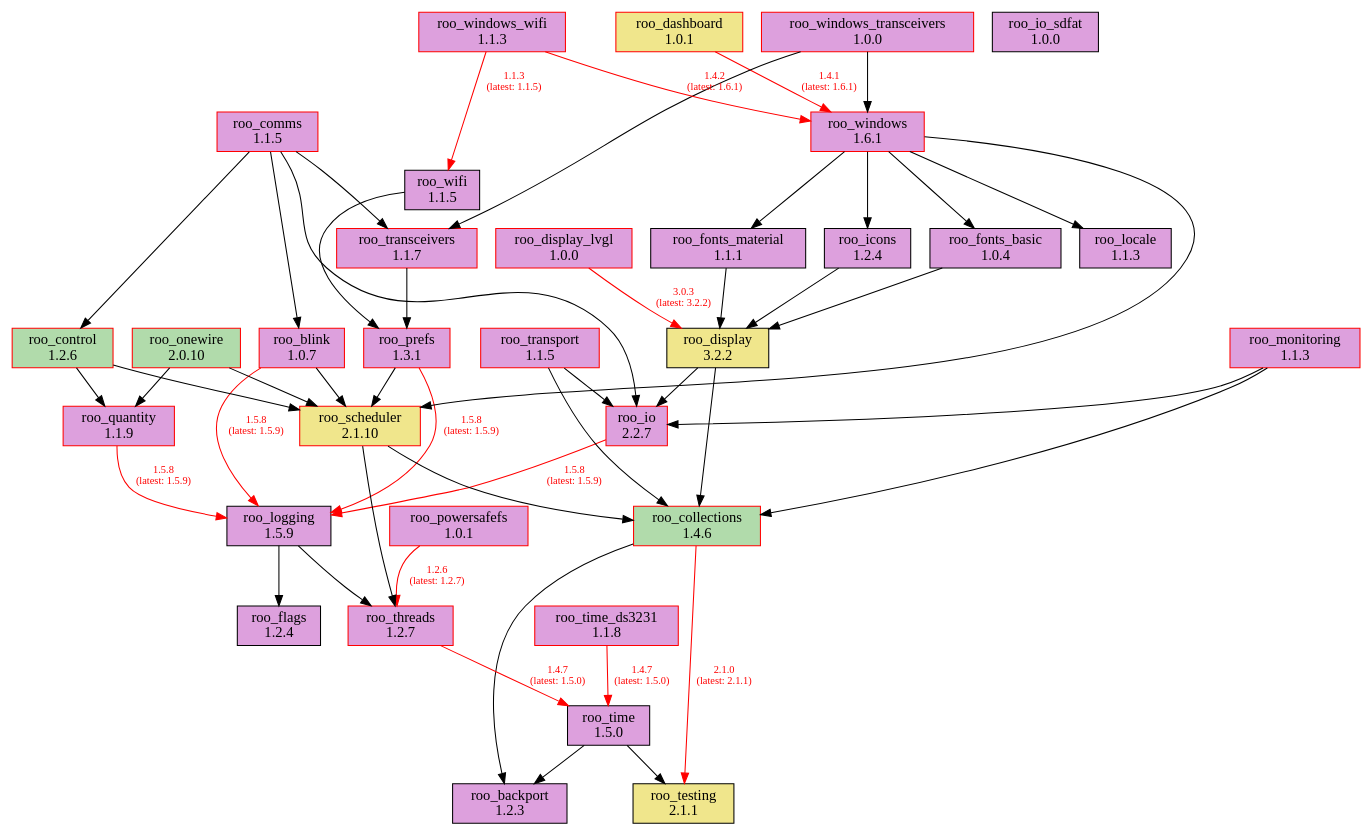
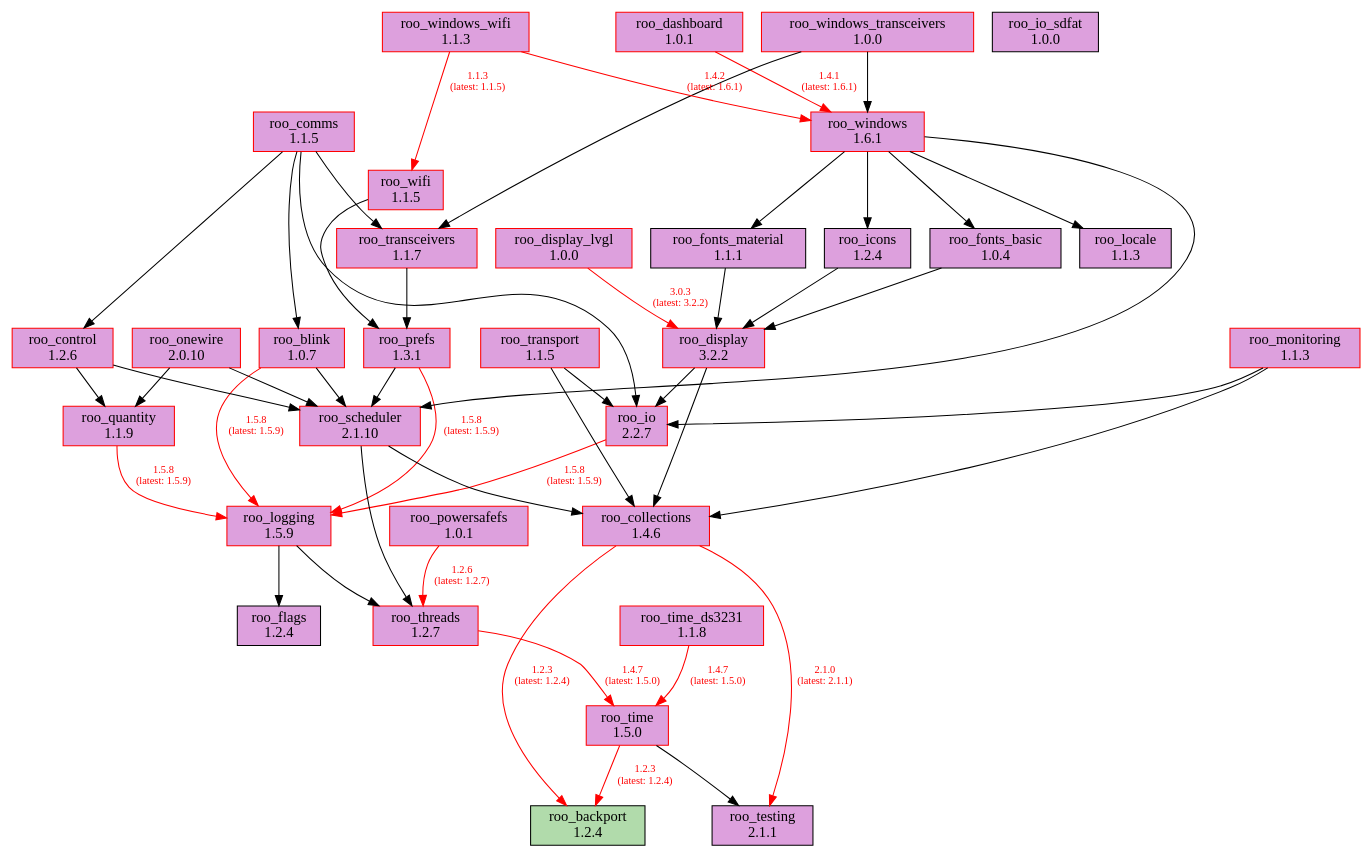
The diagram in doc/dependencies.dot (dejwk/roo-registry), drawn with Graphviz before and after one commit. The commit also changed 3 other files, not shown here.

Commit message:
Added roo_backport 1.2.4 to the registry.

```diff
--- a/doc/dependencies.dot
+++ b/doc/dependencies.dot
@@ -1,88 +1,88 @@
 digraph dependencies {
     rankdir=TB;
     node [shape=box, style=filled];
     edge [fontsize=10];
 
     // Modules
-    "roo_backport" [label="roo_backport\n1.2.3", fillcolor="plum", color="black"];
+    "roo_backport" [label="roo_backport\n1.2.4", fillcolor="#b1dbab", color="black"];
     "roo_blink" [label="roo_blink\n1.0.7", fillcolor="plum", color="red"];
-    "roo_collections" [label="roo_collections\n1.4.6", fillcolor="#b1dbab", color="red"];
+    "roo_collections" [label="roo_collections\n1.4.6", fillcolor="plum", color="red"];
     "roo_comms" [label="roo_comms\n1.1.5", fillcolor="plum", color="red"];
-    "roo_control" [label="roo_control\n1.2.6", fillcolor="#b1dbab", color="red"];
-    "roo_dashboard" [label="roo_dashboard\n1.0.1", fillcolor="khaki", color="red"];
-    "roo_display" [label="roo_display\n3.2.2", fillcolor="khaki", color="black"];
+    "roo_control" [label="roo_control\n1.2.6", fillcolor="plum", color="red"];
+    "roo_dashboard" [label="roo_dashboard\n1.0.1", fillcolor="plum", color="red"];
+    "roo_display" [label="roo_display\n3.2.2", fillcolor="plum", color="red"];
     "roo_display_lvgl" [label="roo_display_lvgl\n1.0.0", fillcolor="plum", color="red"];
     "roo_flags" [label="roo_flags\n1.2.4", fillcolor="plum", color="black"];
     "roo_fonts_basic" [label="roo_fonts_basic\n1.0.4", fillcolor="plum", color="black"];
     "roo_fonts_material" [label="roo_fonts_material\n1.1.1", fillcolor="plum", color="black"];
     "roo_icons" [label="roo_icons\n1.2.4", fillcolor="plum", color="black"];
     "roo_io" [label="roo_io\n2.2.7", fillcolor="plum", color="red"];
     "roo_io_sdfat" [label="roo_io_sdfat\n1.0.0", fillcolor="plum", color="black"];
     "roo_locale" [label="roo_locale\n1.1.3", fillcolor="plum", color="black"];
-    "roo_logging" [label="roo_logging\n1.5.9", fillcolor="plum", color="black"];
+    "roo_logging" [label="roo_logging\n1.5.9", fillcolor="plum", color="red"];
     "roo_monitoring" [label="roo_monitoring\n1.1.3", fillcolor="plum", color="red"];
-    "roo_onewire" [label="roo_onewire\n2.0.10", fillcolor="#b1dbab", color="red"];
+    "roo_onewire" [label="roo_onewire\n2.0.10", fillcolor="plum", color="red"];
     "roo_powersafefs" [label="roo_powersafefs\n1.0.1", fillcolor="plum", color="red"];
     "roo_prefs" [label="roo_prefs\n1.3.1", fillcolor="plum", color="red"];
     "roo_quantity" [label="roo_quantity\n1.1.9", fillcolor="plum", color="red"];
-    "roo_scheduler" [label="roo_scheduler\n2.1.10", fillcolor="khaki", color="red"];
-    "roo_testing" [label="roo_testing\n2.1.1", fillcolor="khaki", color="black"];
+    "roo_scheduler" [label="roo_scheduler\n2.1.10", fillcolor="plum", color="red"];
+    "roo_testing" [label="roo_testing\n2.1.1", fillcolor="plum", color="black"];
     "roo_threads" [label="roo_threads\n1.2.7", fillcolor="plum", color="red"];
-    "roo_time" [label="roo_time\n1.5.0", fillcolor="plum", color="black"];
+    "roo_time" [label="roo_time\n1.5.0", fillcolor="plum", color="red"];
     "roo_time_ds3231" [label="roo_time_ds3231\n1.1.8", fillcolor="plum", color="red"];
     "roo_transceivers" [label="roo_transceivers\n1.1.7", fillcolor="plum", color="red"];
     "roo_transport" [label="roo_transport\n1.1.5", fillcolor="plum", color="red"];
-    "roo_wifi" [label="roo_wifi\n1.1.5", fillcolor="plum", color="black"];
+    "roo_wifi" [label="roo_wifi\n1.1.5", fillcolor="plum", color="red"];
     "roo_windows" [label="roo_windows\n1.6.1", fillcolor="plum", color="red"];
     "roo_windows_transceivers" [label="roo_windows_transceivers\n1.0.0", fillcolor="plum", color="red"];
     "roo_windows_wifi" [label="roo_windows_wifi\n1.1.3", fillcolor="plum", color="red"];
 
     // Dependencies
     "roo_blink" -> "roo_logging" [color=red, fontcolor=red, label="1.5.8\n(latest: 1.5.9)"];
     "roo_blink" -> "roo_scheduler";
     "roo_collections" -> "roo_testing" [color=red, fontcolor=red, label="2.1.0\n(latest: 2.1.1)"];
-    "roo_collections" -> "roo_backport";
+    "roo_collections" -> "roo_backport" [color=red, fontcolor=red, label="1.2.3\n(latest: 1.2.4)"];
     "roo_comms" -> "roo_blink";
     "roo_comms" -> "roo_control";
     "roo_comms" -> "roo_io";
     "roo_comms" -> "roo_transceivers";
     "roo_control" -> "roo_quantity";
     "roo_control" -> "roo_scheduler";
     "roo_dashboard" -> "roo_windows" [color=red, fontcolor=red, label="1.4.1\n(latest: 1.6.1)"];
     "roo_display" -> "roo_collections";
     "roo_display" -> "roo_io";
     "roo_display_lvgl" -> "roo_display" [color=red, fontcolor=red, label="3.0.3\n(latest: 3.2.2)"];
     "roo_fonts_basic" -> "roo_display";
     "roo_fonts_material" -> "roo_display";
     "roo_icons" -> "roo_display";
     "roo_io" -> "roo_logging" [color=red, fontcolor=red, label="1.5.8\n(latest: 1.5.9)"];
     "roo_logging" -> "roo_flags";
     "roo_logging" -> "roo_threads";
     "roo_monitoring" -> "roo_collections";
     "roo_monitoring" -> "roo_io";
     "roo_onewire" -> "roo_scheduler";
     "roo_onewire" -> "roo_quantity";
     "roo_powersafefs" -> "roo_threads" [color=red, fontcolor=red, label="1.2.6\n(latest: 1.2.7)"];
     "roo_prefs" -> "roo_logging" [color=red, fontcolor=red, label="1.5.8\n(latest: 1.5.9)"];
     "roo_prefs" -> "roo_scheduler";
     "roo_quantity" -> "roo_logging" [color=red, fontcolor=red, label="1.5.8\n(latest: 1.5.9)"];
     "roo_scheduler" -> "roo_collections";
     "roo_scheduler" -> "roo_threads";
     "roo_threads" -> "roo_time" [color=red, fontcolor=red, label="1.4.7\n(latest: 1.5.0)"];
     "roo_time" -> "roo_testing";
-    "roo_time" -> "roo_backport";
+    "roo_time" -> "roo_backport" [color=red, fontcolor=red, label="1.2.3\n(latest: 1.2.4)"];
     "roo_time_ds3231" -> "roo_time" [color=red, fontcolor=red, label="1.4.7\n(latest: 1.5.0)"];
     "roo_transceivers" -> "roo_prefs";
     "roo_transport" -> "roo_collections";
     "roo_transport" -> "roo_io";
     "roo_wifi" -> "roo_prefs";
     "roo_windows" -> "roo_fonts_basic";
     "roo_windows" -> "roo_fonts_material";
     "roo_windows" -> "roo_locale";
     "roo_windows" -> "roo_icons";
     "roo_windows" -> "roo_scheduler";
     "roo_windows_transceivers" -> "roo_transceivers";
     "roo_windows_transceivers" -> "roo_windows";
     "roo_windows_wifi" -> "roo_wifi" [color=red, fontcolor=red, label="1.1.3\n(latest: 1.1.5)"];
     "roo_windows_wifi" -> "roo_windows" [color=red, fontcolor=red, label="1.4.2\n(latest: 1.6.1)"];
 }
```
